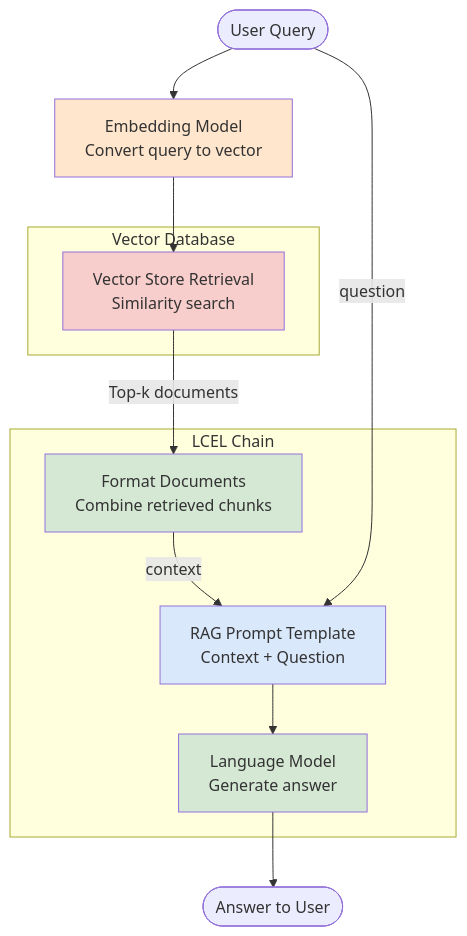
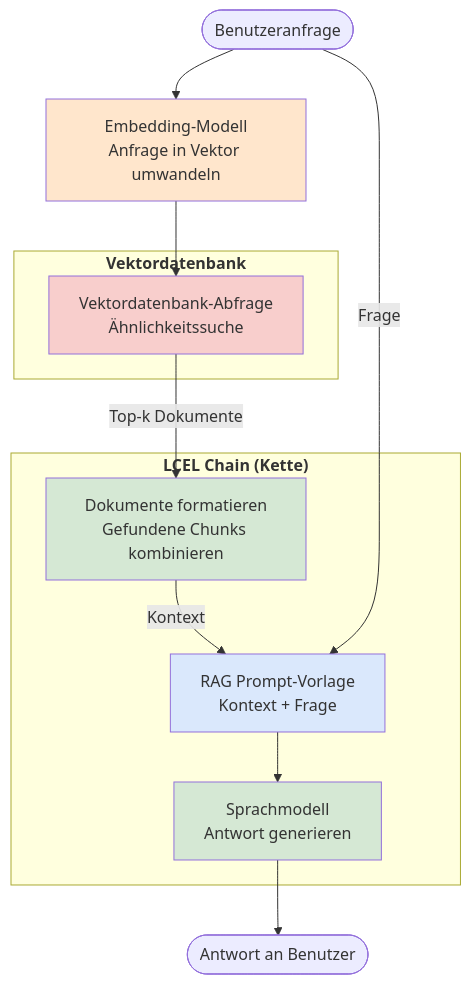
The fourth of 4 diagrams in docs/frameworks/einsteiger/einsteiger-langchain.md (ralf-42/GenAI), drawn with Mermaid before and after one commit. The commit also changed other lines of this file and 4 other files, not shown here.

````diff
--- a/docs/frameworks/einsteiger/einsteiger-langchain.md
+++ b/docs/frameworks/einsteiger/einsteiger-langchain.md
@@ -605,34 +610,46 @@
 ```mermaid
 flowchart TB
-    START([User Query])
-    EMBED[Embedding Model<br/>Convert query to vector]
-    RETRIEVE[Vector Store Retrieval<br/>Similarity search]
-    FORMAT[Format Documents<br/>Combine retrieved chunks]
-    PROMPT[RAG Prompt Template<br/>Context + Question]
-    LLM[Language Model<br/>Generate answer]
-    FINISH([Answer to User])
 
-    START --> EMBED
-    EMBED --> RETRIEVE
-    RETRIEVE -->|Top-k documents| FORMAT
-    FORMAT -->|context| PROMPT
-    START -->|question| PROMPT
-    PROMPT --> LLM
-    LLM --> FINISH
+START([Benutzeranfrage])
 
-    subgraph "Vector Database"
-        RETRIEVE
-    end
+EMBED[Embedding-Modell
+Anfrage in Vektor umwandeln]
 
-    subgraph "LCEL Chain"
-        FORMAT
-        PROMPT
-        LLM
-    end
+RETRIEVE[Vektordatenbank-Abfrage
+Ähnlichkeitssuche]
 
-    style EMBED fill:#ffe6cc
-    style RETRIEVE fill:#f8cecc
-    style FORMAT fill:#d5e8d4
-    style PROMPT fill:#dae8fc
-    style LLM fill:#d5e8d4
+FORMAT[Dokumente formatieren
+Gefundene Chunks kombinieren]
+
+PROMPT[RAG Prompt-Vorlage
+Kontext + Frage]
+
+LLM[Sprachmodell
+Antwort generieren]
+
+FINISH([Antwort an Benutzer])
+
+START --> EMBED
+EMBED --> RETRIEVE
+RETRIEVE -->|Top-k Dokumente| FORMAT
+FORMAT -->|Kontext| PROMPT
+START -->|Frage| PROMPT
+PROMPT --> LLM
+LLM --> FINISH
+
+subgraph "<b>Vektordatenbank</b>"
+    RETRIEVE
+end
+
+subgraph "<b>LCEL Chain (Kette)</b>"
+    FORMAT
+    PROMPT
+    LLM
+end
+
+style EMBED fill:#ffe6cc
+style RETRIEVE fill:#f8cecc
+style FORMAT fill:#d5e8d4
+style PROMPT fill:#dae8fc
+style LLM fill:#d5e8d4
 ```
````
